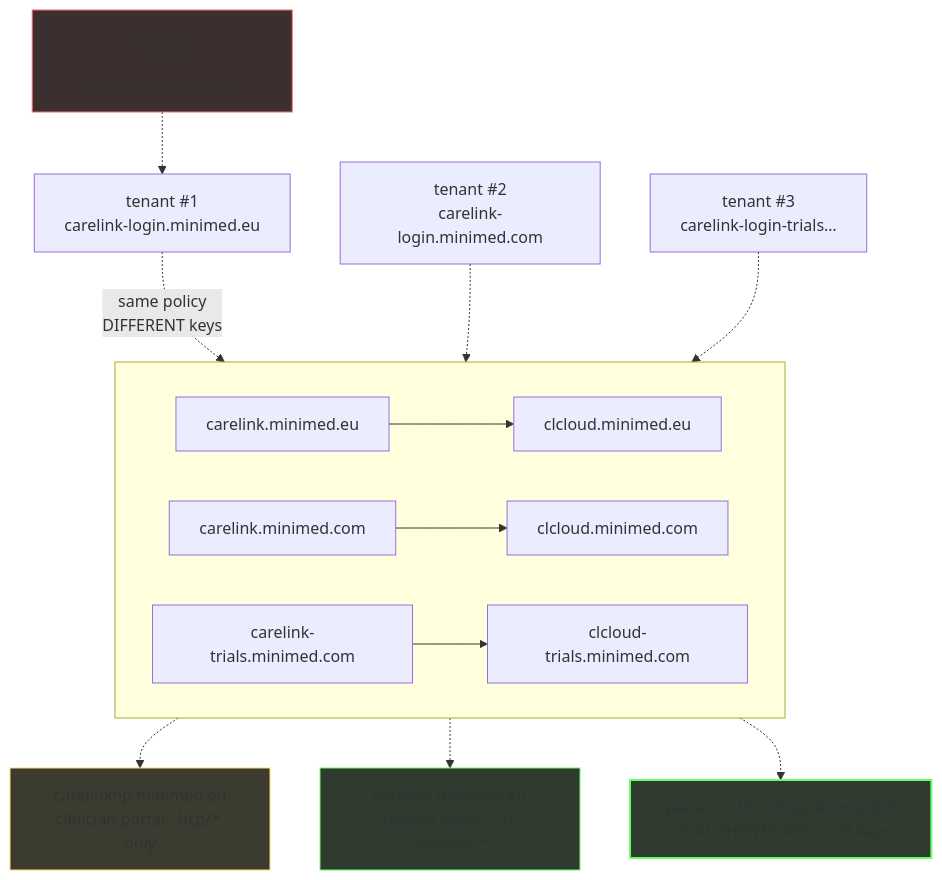
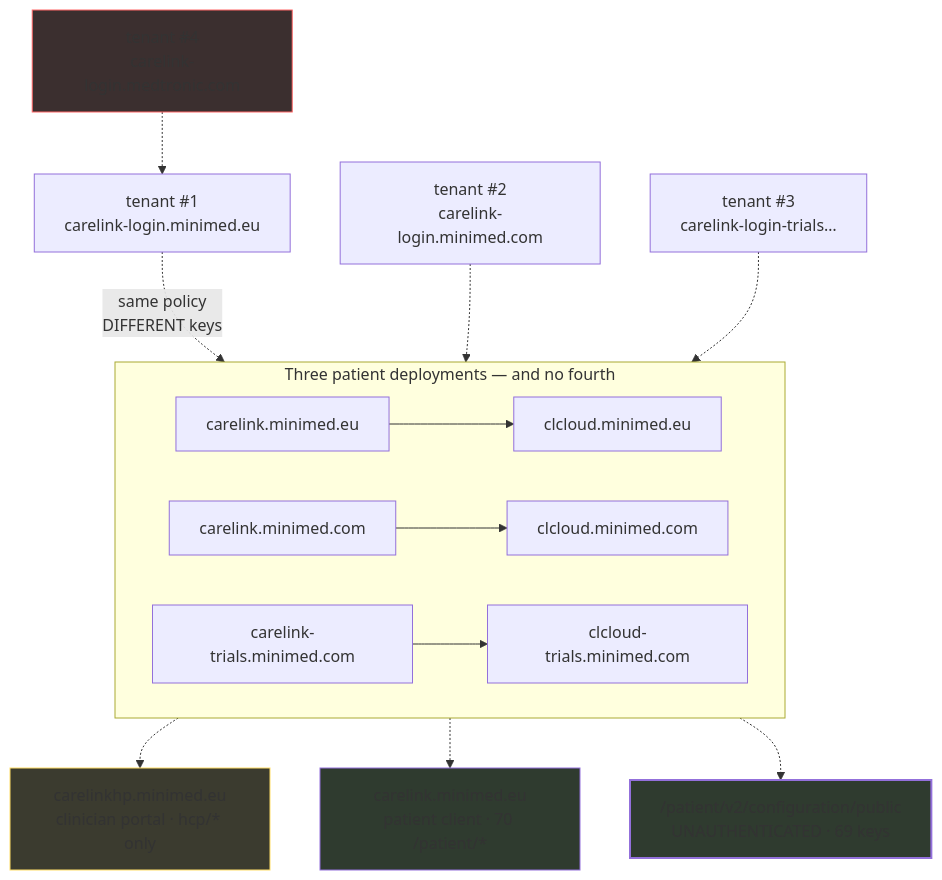
One commit to NovaLux12/carelink-api-research changed the third of 4 diagrams in README.md. Above: the diagram before and after it, drawn with Mermaid. The commit also changed other lines of this file and 1 other file, not shown here.

````diff
--- a/README.md
+++ b/README.md
@@ -77,24 +120,24 @@
 ```mermaid
 flowchart TB
-    subgraph E[" "]
+    subgraph E["Three patient deployments — and no fourth"]
         direction LR
         e1["carelink.minimed.eu"] --> e2["clcloud.minimed.eu"]
         u1["carelink.minimed.com"] --> u2["clcloud.minimed.com"]
         t1["carelink-trials.minimed.com"] --> t2["clcloud-trials.minimed.com"]
     end
     a1["tenant #1<br/>carelink-login.minimed.eu"] -. "same policy<br/>DIFFERENT keys" .-> e1
     a2["tenant #2<br/>carelink-login.minimed.com"] -.-> u1
     a3["tenant #3<br/>carelink-login-trials…"] -.-> t1
     s["tenant #4<br/>carelink-login.medtronic.com"]
     s -.-> a1
     g["carelinkhp.minimed.eu<br/>clinician portal · hcp/* only"]
     e1 -.-> g
     p["carelink.minimed.eu<br/>patient client · 70 /patient/*"]
     e1 -.-> p
     cfg["/patient/v2/configuration/public<br/>UNAUTHENTICATED · 69 keys"]
     e1 -.-> cfg
     style s fill:#3b2f2f,stroke:#f66
-    style cfg fill:#2f3b2f,stroke:#6f6,stroke-width:2px
-    style p fill:#2f3b2f,stroke:#6f6
+    style cfg fill:#2f3b2f,stroke:#6f,stroke-width:2px
+    style p fill:#2f3b2f,stroke:#6f
     style g fill:#3b3b2f,stroke:#fd6
 ```
````
